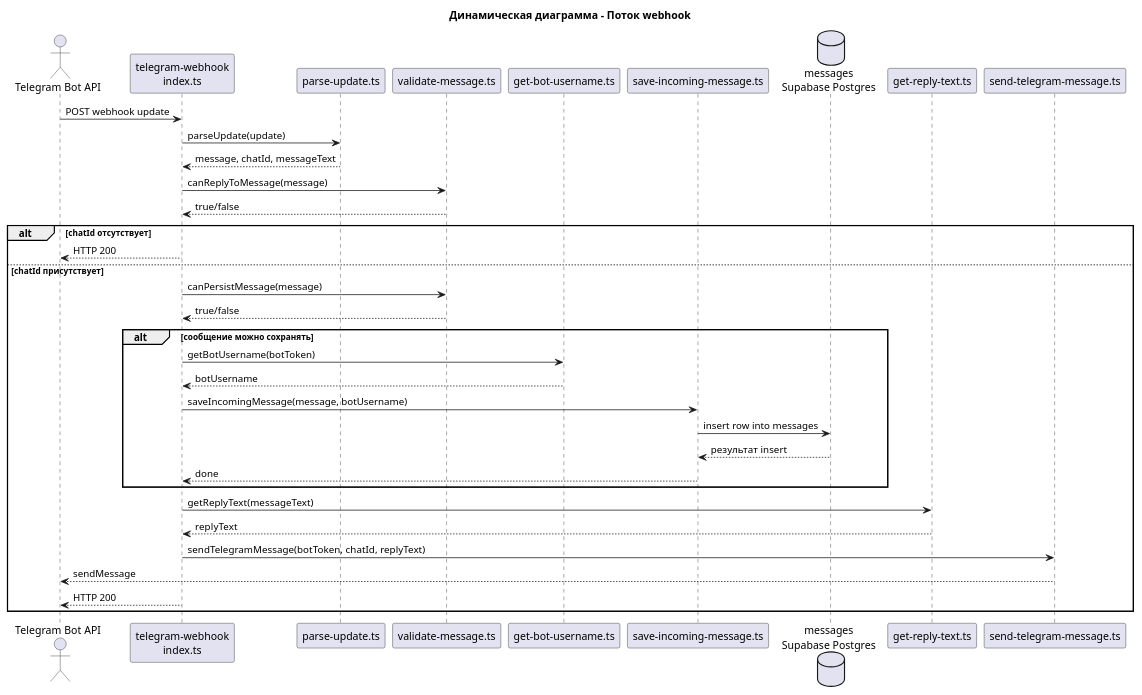
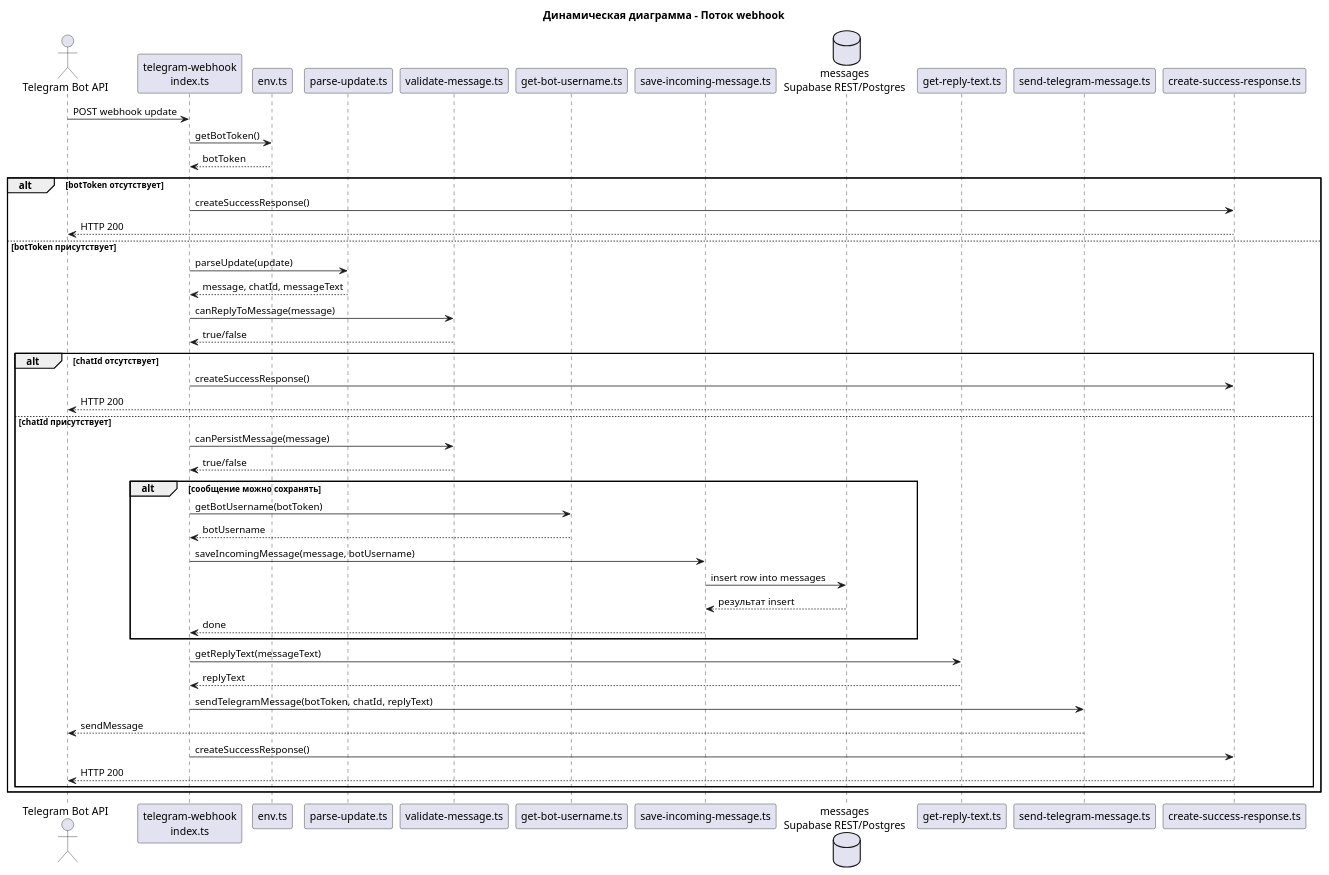
Before and after one commit to AbdulkaevGadel/vibeCodeFS: the diagram in docs/c4/dynamic-webhook-flow.puml, drawn with PlantUML. The commit also changed 5 other files, not shown here.

Commit message:
docs(c4): update architecture diagrams and admin panel components to match current implementation

```diff
--- a/docs/c4/dynamic-webhook-flow.puml
+++ b/docs/c4/dynamic-webhook-flow.puml
@@ -1,42 +1,54 @@
 @startuml
 title Динамическая диаграмма - Поток webhook
 
 actor "Telegram Bot API" as Telegram
 participant "telegram-webhook\nindex.ts" as Entry
+participant "env.ts" as Env
 participant "parse-update.ts" as Parser
 participant "validate-message.ts" as Validation
 participant "get-bot-username.ts" as BotResolver
 participant "save-incoming-message.ts" as Persistence
-database "messages\nSupabase Postgres" as Db
+database "messages\nSupabase REST/Postgres" as Db
 participant "get-reply-text.ts" as ReplyBuilder
 participant "send-telegram-message.ts" as Sender
+participant "create-success-response.ts" as Success
 
 Telegram -> Entry: POST webhook update
+Entry -> Env: getBotToken()
+Env --> Entry: botToken
+
+alt botToken отсутствует
+  Entry -> Success: createSuccessResponse()
+  Success --> Telegram: HTTP 200
+else botToken присутствует
 Entry -> Parser: parseUpdate(update)
 Parser --> Entry: message, chatId, messageText
 Entry -> Validation: canReplyToMessage(message)
 Validation --> Entry: true/false
 
 alt chatId отсутствует
-  Entry --> Telegram: HTTP 200
+  Entry -> Success: createSuccessResponse()
+  Success --> Telegram: HTTP 200
 else chatId присутствует
   Entry -> Validation: canPersistMessage(message)
   Validation --> Entry: true/false
 
   alt сообщение можно сохранять
     Entry -> BotResolver: getBotUsername(botToken)
     BotResolver --> Entry: botUsername
     Entry -> Persistence: saveIncomingMessage(message, botUsername)
     Persistence -> Db: insert row into messages
     Db --> Persistence: результат insert
     Persistence --> Entry: done
   end
 
   Entry -> ReplyBuilder: getReplyText(messageText)
   ReplyBuilder --> Entry: replyText
   Entry -> Sender: sendTelegramMessage(botToken, chatId, replyText)
   Sender --> Telegram: sendMessage
-  Entry --> Telegram: HTTP 200
+  Entry -> Success: createSuccessResponse()
+  Success --> Telegram: HTTP 200
+end
 end
 
 @enduml
```
